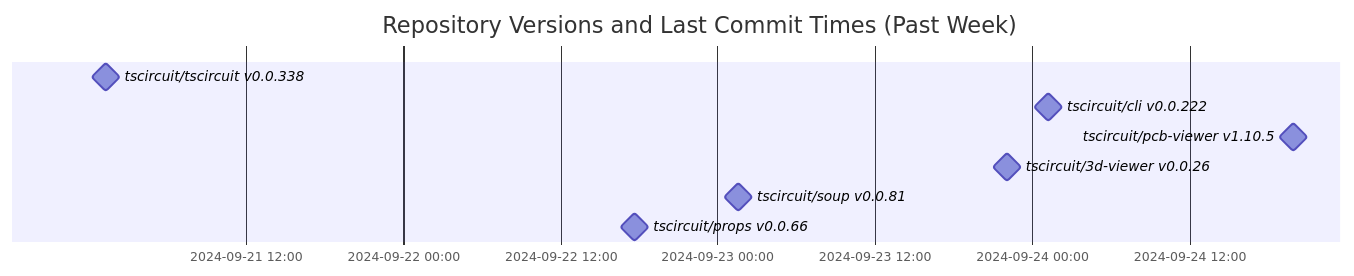
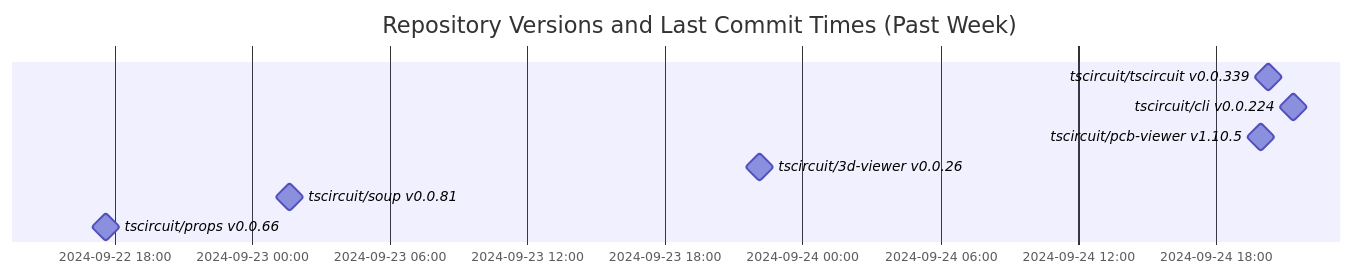
The diagram in README.md (tscircuit/version-tracker), drawn with Mermaid before and after one commit.

Commit message:
Update chart

````diff
--- a/README.md
+++ b/README.md
@@ -1,13 +1,13 @@
 ```mermaid
 gantt
   dateFormat  YYYY-MM-DD HH:mm:ss
   title Repository Versions and Last Commit Times (Past Week)
   axisFormat %Y-%m-%d %H:%M
 
-  tscircuit/tscircuit v0.0.338 : milestone, 2024-09-21 01:17:43, 1s
-  tscircuit/cli v0.0.222 : milestone, 2024-09-24 01:17:02, 1s
+  tscircuit/tscircuit v0.0.339 : milestone, 2024-09-24 20:18:14, 1s
+  tscircuit/cli v0.0.224 : milestone, 2024-09-24 21:23:00, 1s
   tscircuit/pcb-viewer v1.10.5 : milestone, 2024-09-24 19:58:10, 1s
   tscircuit/3d-viewer v0.0.26 : milestone, 2024-09-23 22:06:33, 1s
   tscircuit/soup v0.0.81 : milestone, 2024-09-23 01:38:05, 1s
   tscircuit/props v0.0.66 : milestone, 2024-09-22 17:38:44, 1s
 ```
````
